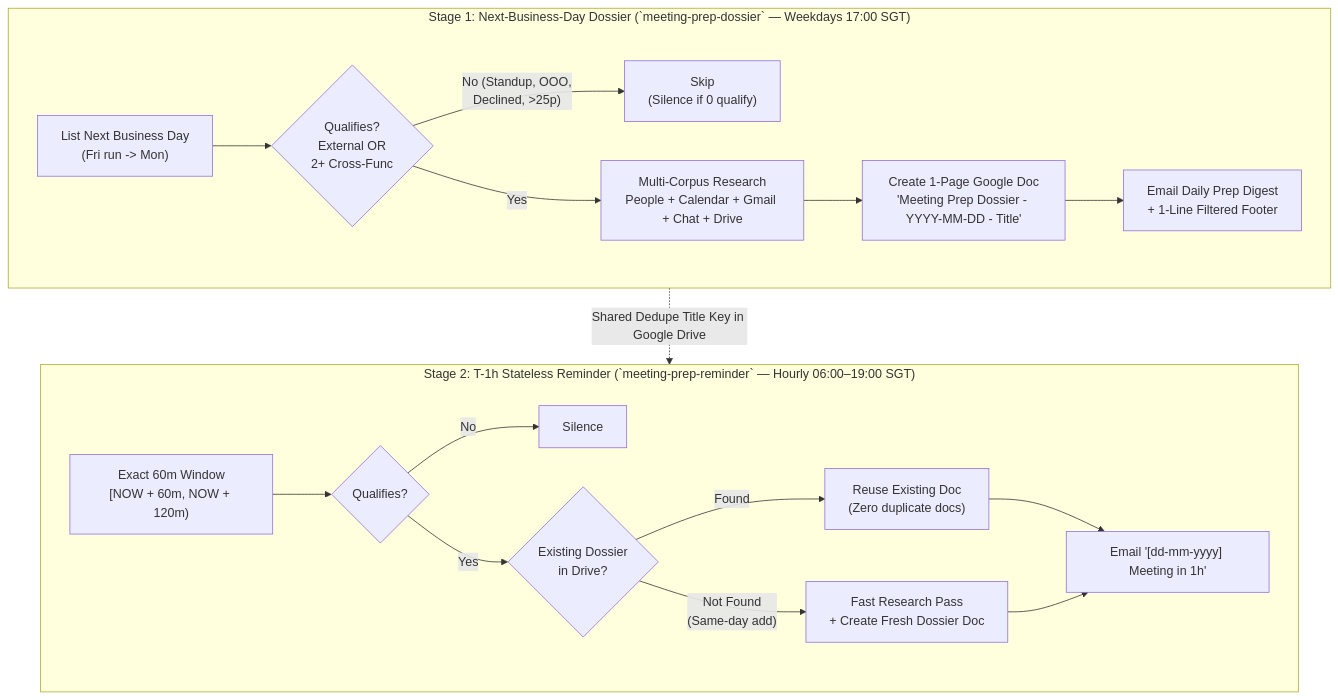
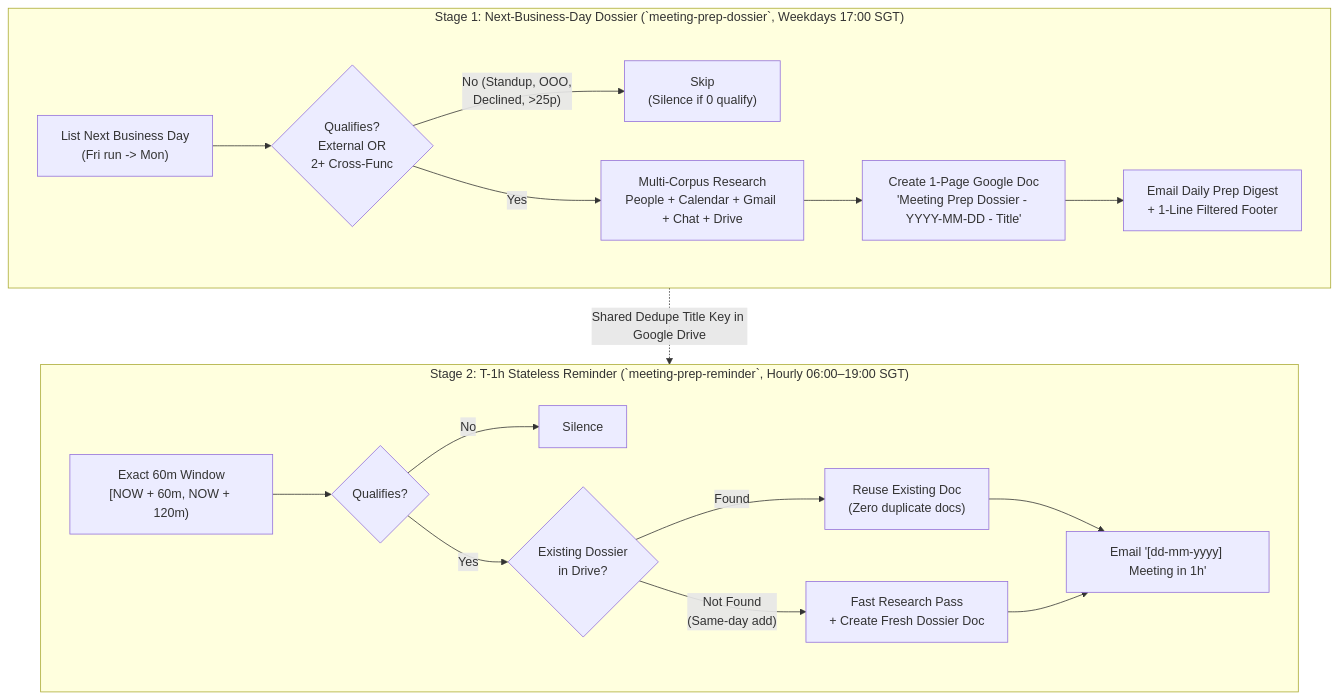
One commit to elim316/Antigravity-Meeting-Prep-Agent changed the diagram in README.md. Above: the diagram before and after it, drawn with Mermaid. The commit also changed 2 other files, not shown here.

Commit message:
docs: remove em dash from infographic header and use vertical dividers in footer bar

````diff
--- a/README.md
+++ b/README.md
@@ -41,24 +41,24 @@
 ```mermaid
 flowchart TB
-    subgraph Stage1["Stage 1: Next-Business-Day Dossier (`meeting-prep-dossier` — Weekdays 17:00 SGT)"]
+    subgraph Stage1["Stage 1: Next-Business-Day Dossier (`meeting-prep-dossier`, Weekdays 17:00 SGT)"]
         direction LR
         C1["List Next Business Day\n(Fri run -> Mon)"] --> Q1{"Qualifies?\nExternal OR\n2+ Cross-Func"}
         Q1 -- "No (Standup, OOO,\nDeclined, >25p)" --> S1["Skip\n(Silence if 0 qualify)"]
         Q1 -- "Yes" --> R1["Multi-Corpus Research\nPeople + Calendar + Gmail + Chat + Drive"]
         R1 --> D1["Create 1-Page Google Doc\n'Meeting Prep Dossier - YYYY-MM-DD - Title'"]
         D1 --> E1["Email Daily Prep Digest\n+ 1-Line Filtered Footer"]
     end
 
-    subgraph Stage2["Stage 2: T-1h Stateless Reminder (`meeting-prep-reminder` — Hourly 06:00–19:00 SGT)"]
+    subgraph Stage2["Stage 2: T-1h Stateless Reminder (`meeting-prep-reminder`, Hourly 06:00–19:00 SGT)"]
         direction LR
         C2["Exact 60m Window\n[NOW + 60m, NOW + 120m)"] --> Q2{"Qualifies?"}
         Q2 -- "No" --> S2["Silence"]
         Q2 -- "Yes" --> G2{"Existing Dossier\nin Drive?"}
         G2 -- "Found" --> L2["Reuse Existing Doc\n(Zero duplicate docs)"]
         G2 -- "Not Found\n(Same-day add)" --> F2["Fast Research Pass\n+ Create Fresh Dossier Doc"]
         L2 --> E2["Email '[dd-mm-yyyy] Meeting in 1h'"]
         F2 --> E2
     end
 
     D1 -. "Shared Dedupe Title Key in Google Drive" .-> G2
 ```
````
